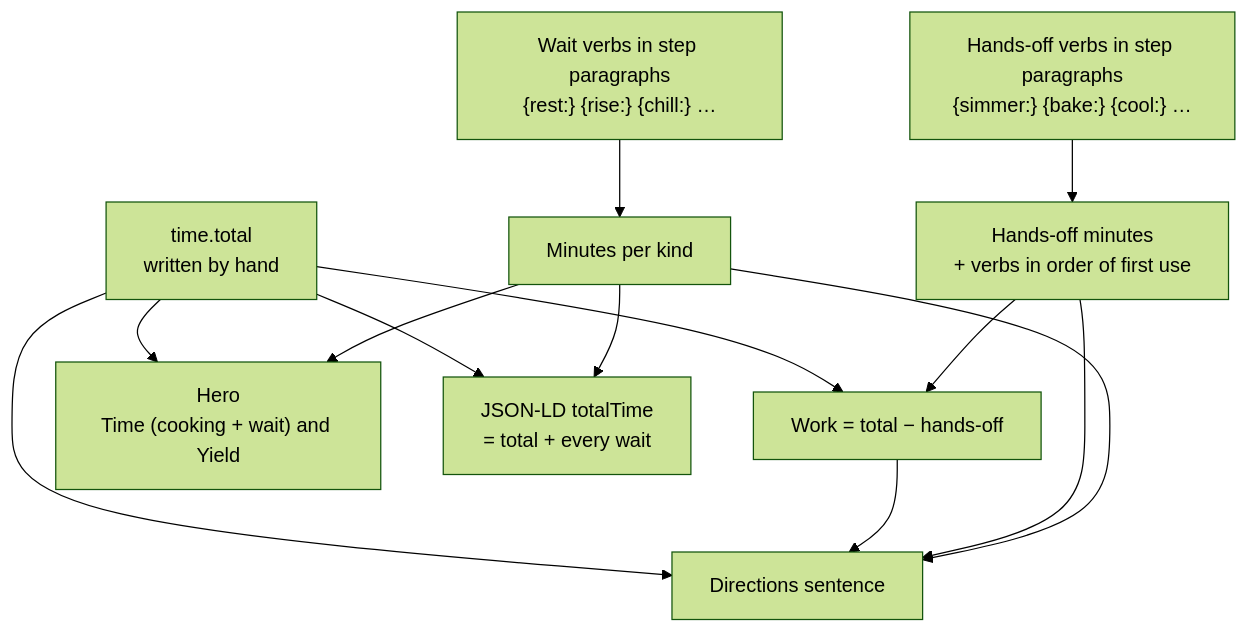
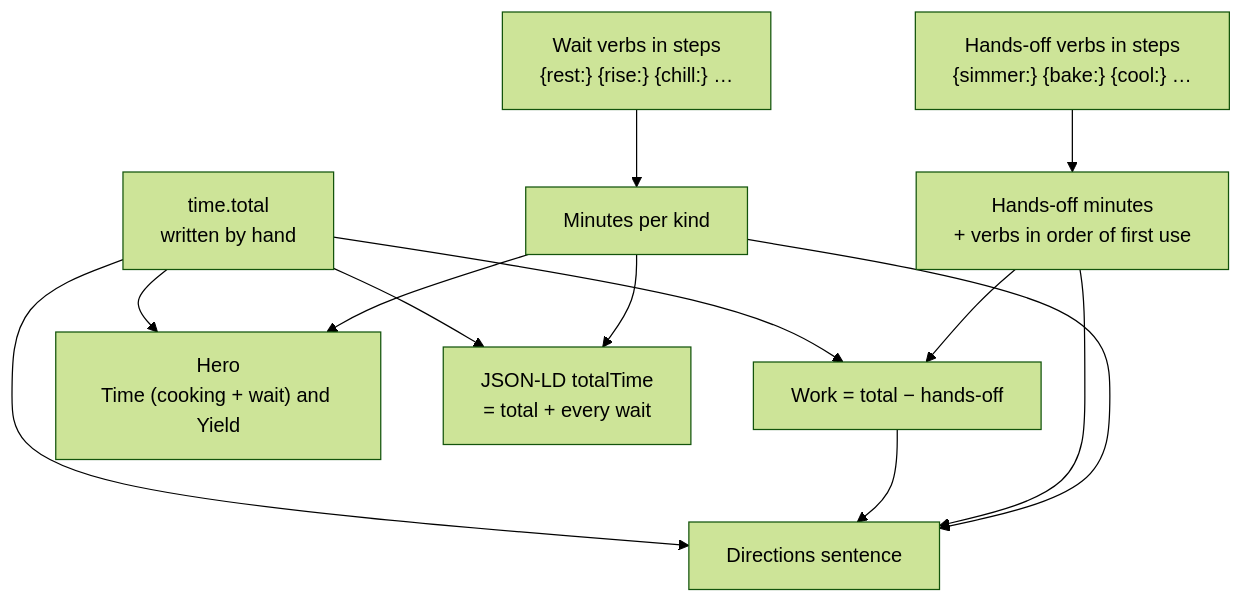
Before and after one commit to pschonfeld/soowee: the third of 3 diagrams in docs/recipe-model.md, drawn with Mermaid (forest theme). The commit also changed other lines of this file and 23 other files, not shown here.

First line of the commit message:
Split the method into sections and steps; cook mode moves one step at a time

````diff
--- a/docs/recipe-model.md
+++ b/docs/recipe-model.md
@@ -305,15 +321,15 @@
 ```mermaid
 flowchart TD
   total["time.total<br/>written by hand"] --> work["Work = total − hands-off"]
-  off["Hands-off verbs in step paragraphs<br/>{simmer:} {bake:} {cool:} …"] --> handsoff["Hands-off minutes<br/>+ verbs in order of first use"]
+  off["Hands-off verbs in steps<br/>{simmer:} {bake:} {cool:} …"] --> handsoff["Hands-off minutes<br/>+ verbs in order of first use"]
   handsoff --> work
-  after["Wait verbs in step paragraphs<br/>{rest:} {rise:} {chill:} …"] --> afterOut["Minutes per kind"]
+  after["Wait verbs in steps<br/>{rest:} {rise:} {chill:} …"] --> afterOut["Minutes per kind"]
   total --> hero["Hero<br/>Time (cooking + wait) and Yield"]
   afterOut --> hero
   total --> sentence["Directions sentence"]
   work --> sentence
   handsoff --> sentence
   afterOut --> sentence
   total --> ld["JSON-LD totalTime<br/>= total + every wait"]
   afterOut --> ld
 ```
````
